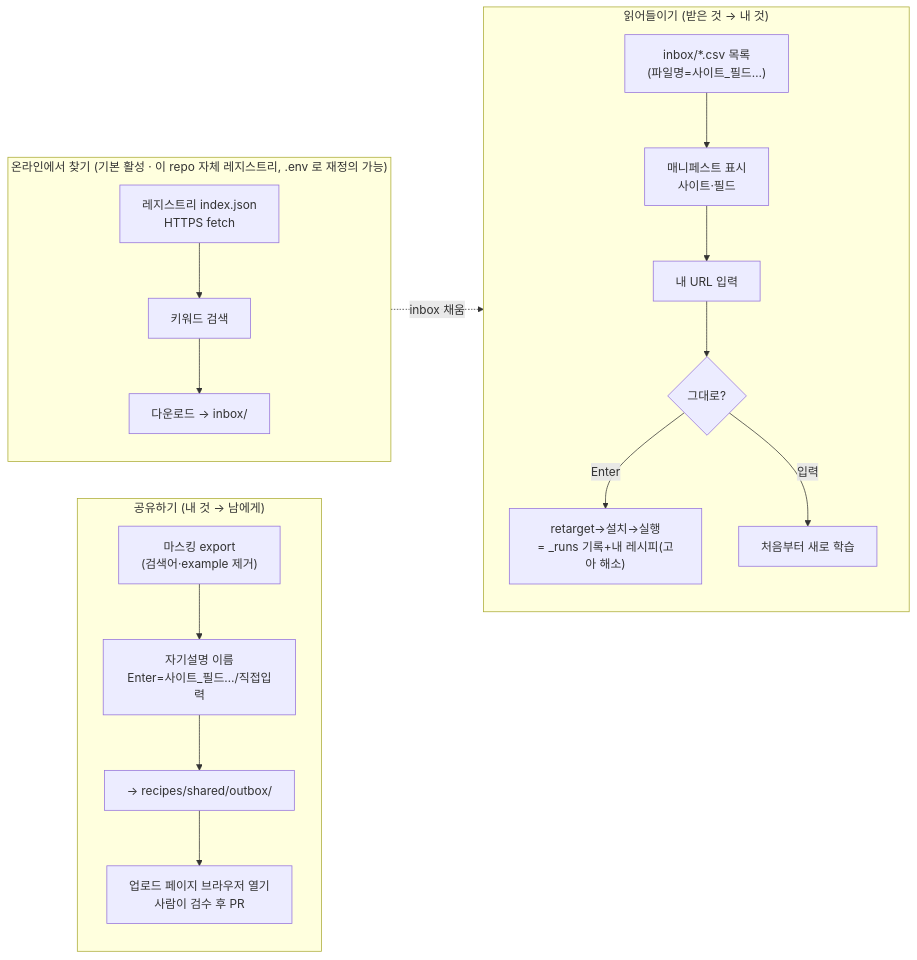
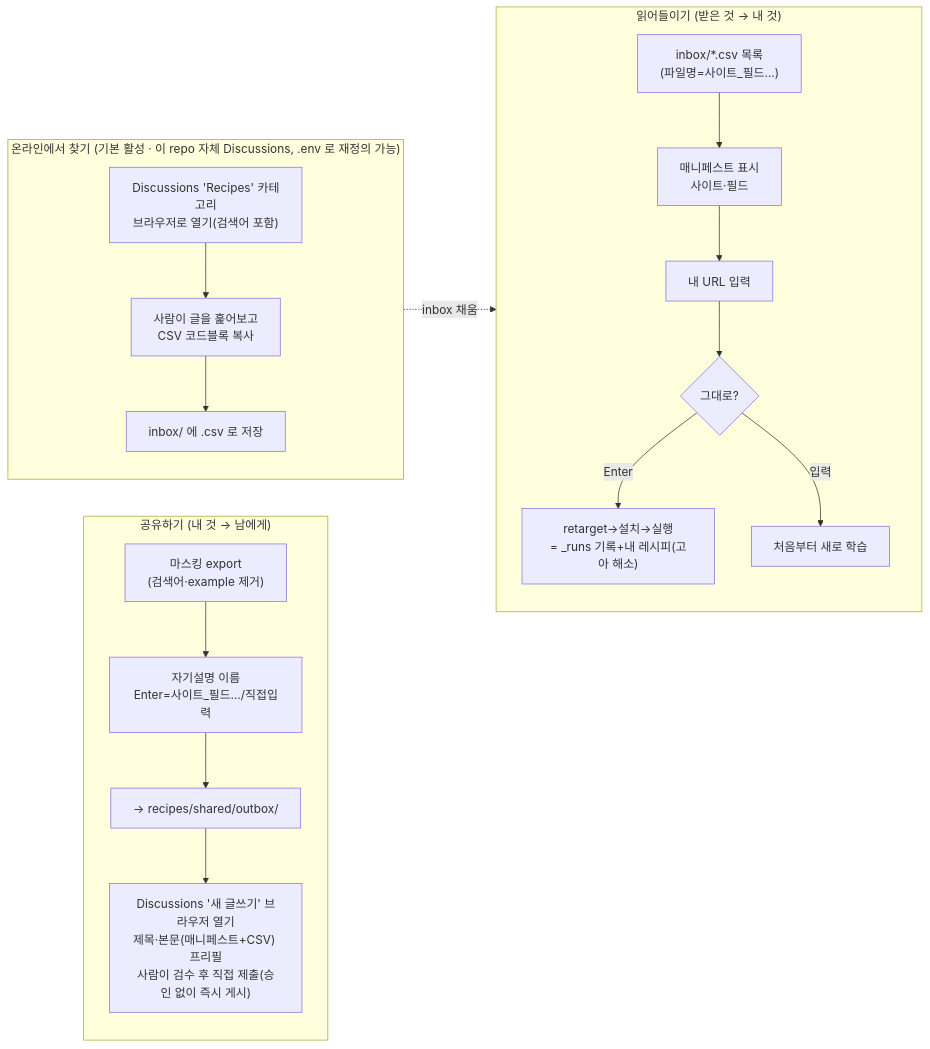
Before and after one commit to Basearchio/Sovereign-Scraper: the third of 4 diagrams in _internal/docs/flowchart.md, drawn with Mermaid. The commit also changed other lines of this file and 12 other files, not shown here.

````diff
--- a/_internal/docs/flowchart.md
+++ b/_internal/docs/flowchart.md
@@ -56,23 +56,23 @@
 ```mermaid
 flowchart LR
     subgraph IN ["읽어들이기 (받은 것 → 내 것)"]
       direction TB
       R1["inbox/*.csv 목록<br/>(파일명=사이트_필드…)"] --> R2["매니페스트 표시<br/>사이트·필드"]
       R2 --> R3["내 URL 입력"]
       R3 --> R4{"그대로?"}
       R4 -- "Enter" --> R5["retarget→설치→실행<br/>= _runs 기록+내 레시피(고아 해소)"]
       R4 -- "입력" --> R6["처음부터 새로 학습"]
     end
     subgraph OUT ["공유하기 (내 것 → 남에게)"]
       direction TB
       P1["마스킹 export<br/>(검색어·example 제거)"] --> P2["자기설명 이름<br/>Enter=사이트_필드…/직접입력"]
       P2 --> P3["→ recipes/shared/outbox/"]
-      P3 --> P4["업로드 페이지 브라우저 열기<br/>사람이 검수 후 PR"]
+      P3 --> P4["Discussions '새 글쓰기' 브라우저 열기<br/>제목·본문(매니페스트+CSV) 프리필<br/>사람이 검수 후 직접 제출(승인 없이 즉시 게시)"]
     end
-    subgraph FIND ["온라인에서 찾기 (기본 활성 · 이 repo 자체 레지스트리, .env 로 재정의 가능)"]
+    subgraph FIND ["온라인에서 찾기 (기본 활성 · 이 repo 자체 Discussions, .env 로 재정의 가능)"]
       direction TB
-      S1["레지스트리 index.json<br/>HTTPS fetch"] --> S2["키워드 검색"]
-      S2 --> S3["다운로드 → inbox/"]
+      S1["Discussions 'Recipes' 카테고리<br/>브라우저로 열기(검색어 포함)"] --> S2["사람이 글을 훑어보고<br/>CSV 코드블록 복사"]
+      S2 --> S3["inbox/ 에 .csv 로 저장"]
     end
     FIND -.->|inbox 채움| IN
 ```
````
